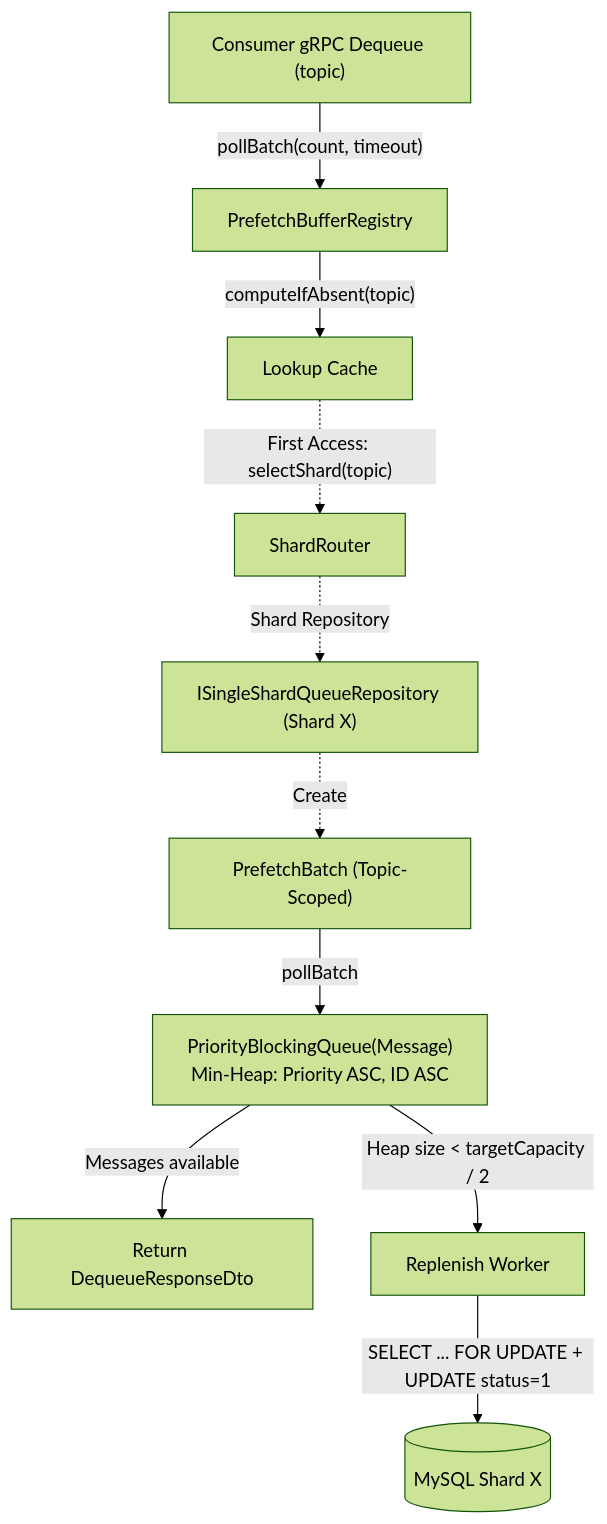
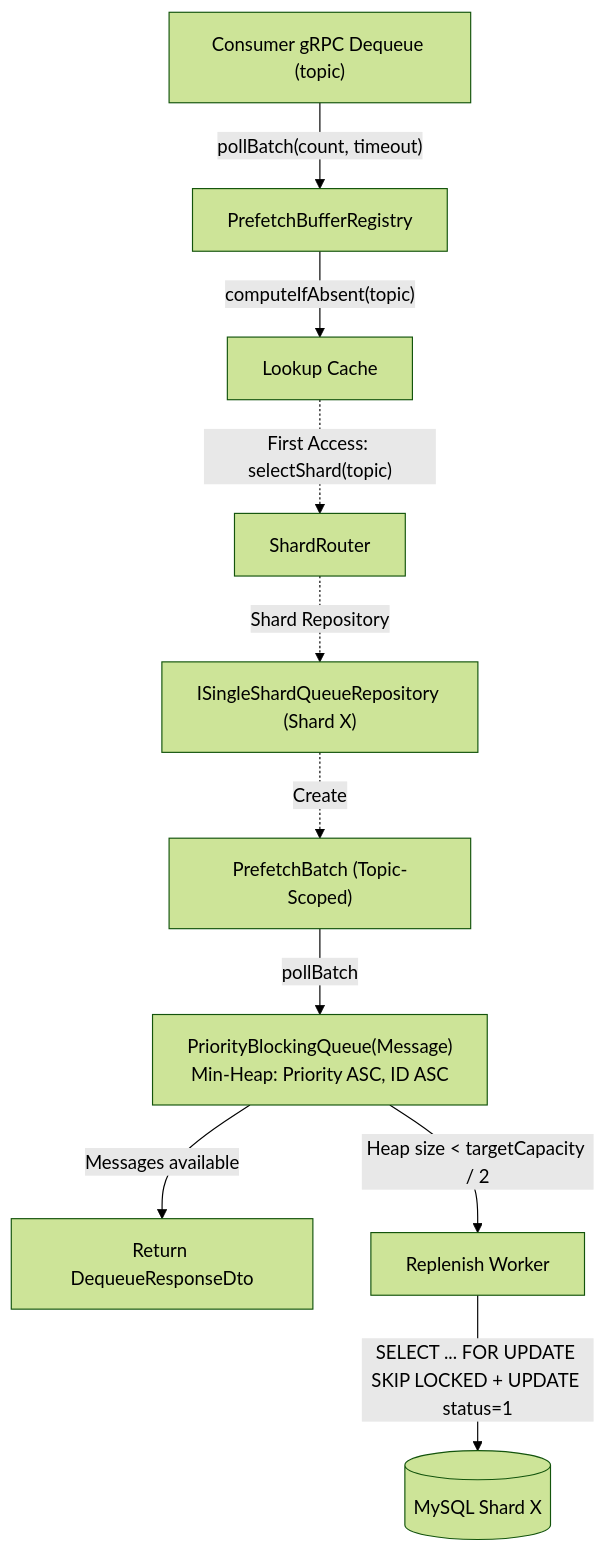
The third of 9 diagrams in DOCS.md (KhaiHust/FOQS), drawn with Mermaid (forest theme) before and after one commit. The commit also changed other lines of this file and 1 other file, not shown here.

Commit message:
docs: align index definition to (topic, status, priority, id, deliver_after) and FOR UPDATE SKIP LOCKED across all sections

````diff
--- a/DOCS.md
+++ b/DOCS.md
@@ -242,12 +242,12 @@
 ```mermaid
 flowchart TD
     Consumer["Consumer gRPC Dequeue (topic)"] -->|"pollBatch(count, timeout)"| Registry["PrefetchBufferRegistry"]
     Registry -->|"computeIfAbsent(topic)"| Lookup["Lookup Cache"]
     Lookup -.->|"First Access: selectShard(topic)"| Router["ShardRouter"]
     Router -.->|"Shard Repository"| Repo["ISingleShardQueueRepository (Shard X)"]
     Repo -.->|"Create"| PBatch["PrefetchBatch (Topic-Scoped)"]
     PBatch -->|"pollBatch"| Heap["PriorityBlockingQueue(Message)<br/>Min-Heap: Priority ASC, ID ASC"]
     Heap -->|"Messages available"| Return["Return DequeueResponseDto"]
     Heap -->|"Heap size < targetCapacity / 2"| Worker["Replenish Worker"]
-    Worker -->|"SELECT ... FOR UPDATE + UPDATE status=1"| MySQL[("MySQL Shard X")]
+    Worker -->|"SELECT ... FOR UPDATE SKIP LOCKED + UPDATE status=1"| MySQL[("MySQL Shard X")]
 ```
````
